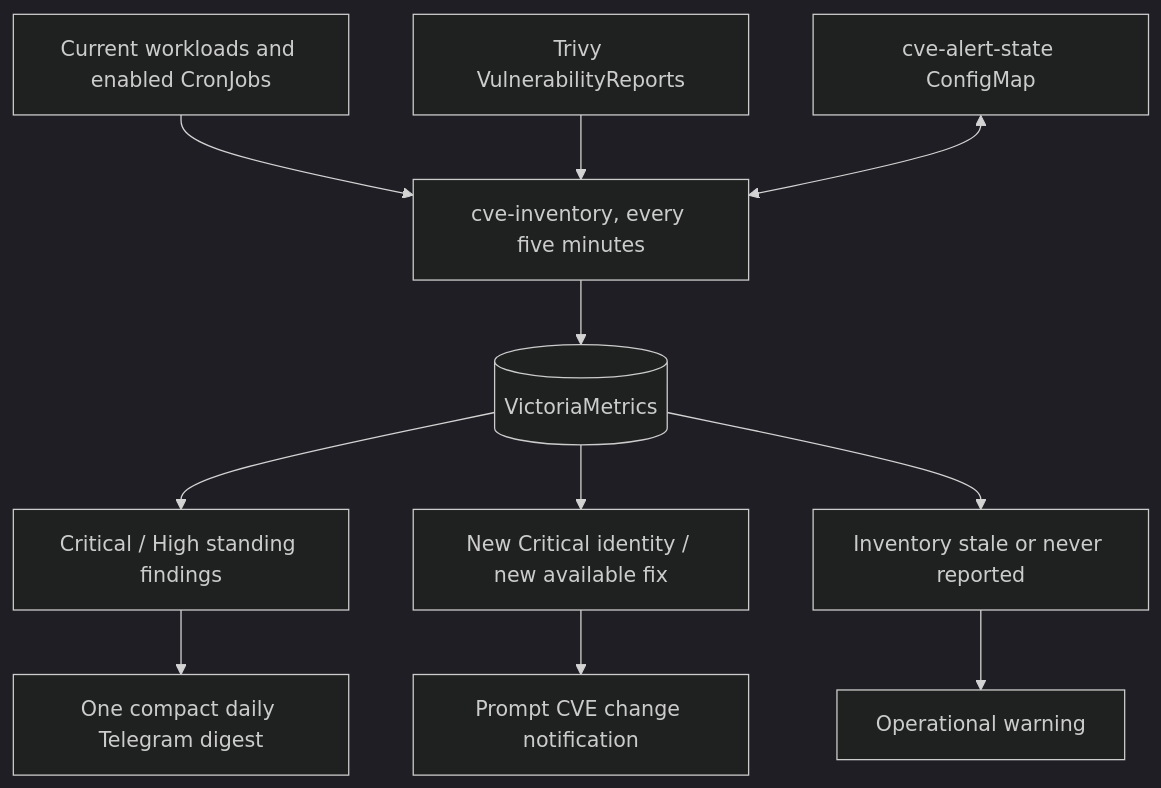
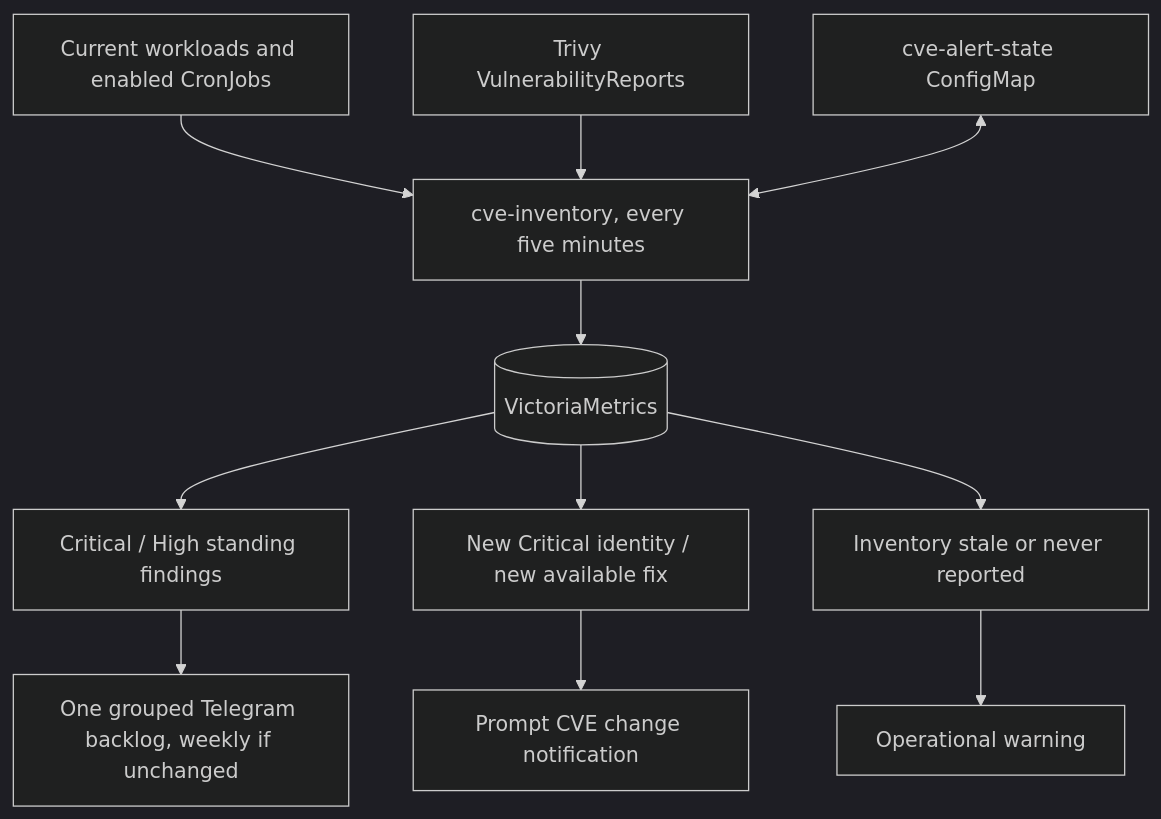
The second of 3 diagrams in docs/renovate-trivy-flow.md (bibAtWork/Edge_GitOps), drawn with Mermaid (dark theme) before and after one commit. The commit also changed other lines of this file and 4 other files, not shown here.

First line of the commit message:
fix(alerting): group image CVE backlog by digest

````diff
--- a/docs/renovate-trivy-flow.md
+++ b/docs/renovate-trivy-flow.md
@@ -150,13 +150,13 @@
 ```mermaid
 flowchart TD
     W["Current workloads and enabled CronJobs"] --> C["cve-inventory, every five minutes"]
     T["Trivy VulnerabilityReports"] --> C
     B["cve-alert-state ConfigMap"] <--> C
     C --> V[("VictoriaMetrics")]
     V --> D["Critical / High standing findings"]
-    D --> N["One compact daily Telegram digest"]
+    D --> N["One grouped Telegram backlog, weekly if unchanged"]
     V --> E["New Critical identity / new available fix"]
     E --> P["Prompt CVE change notification"]
     V --> H["Inventory stale or never reported"]
     H --> O["Operational warning"]
 ```
````
